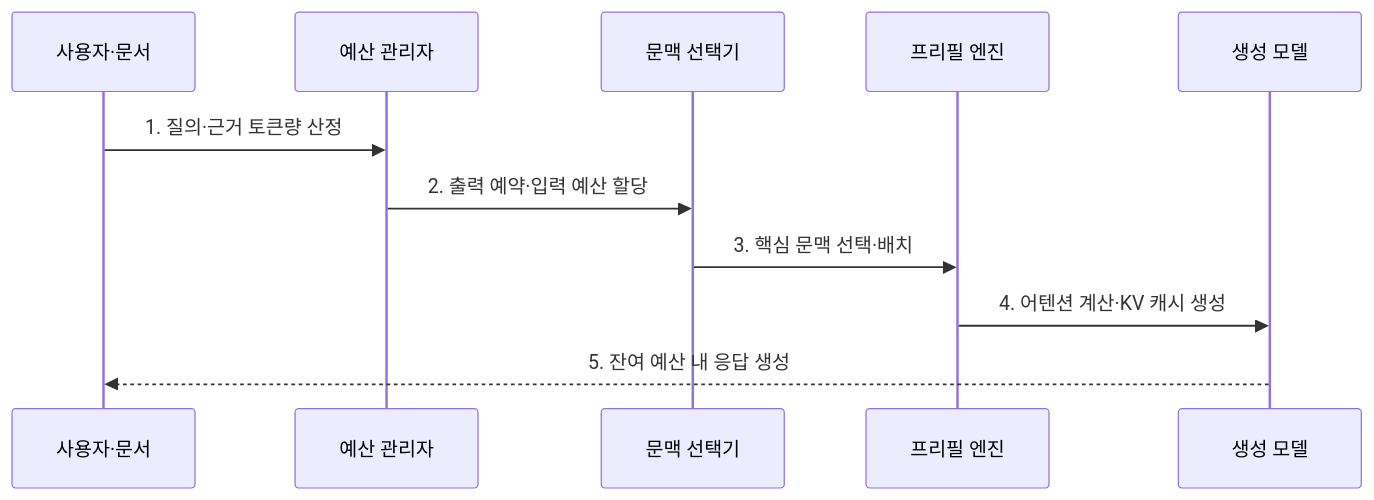
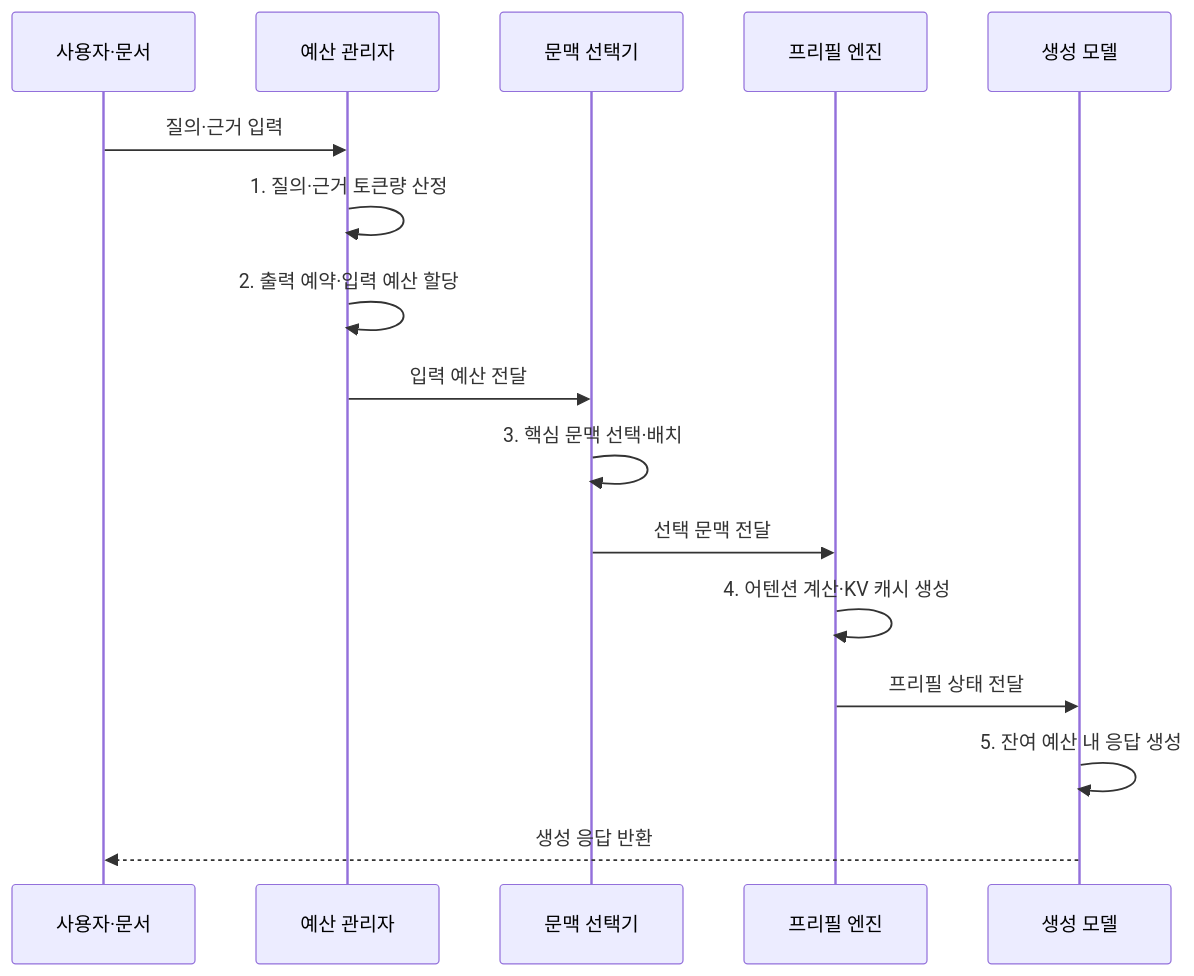
Before and after one commit to agnusdei1207/knowledge-base: the second of 2 diagrams in src/content/docs/notes/08-latest-tech/033_context_window.md, drawn with Mermaid. The commit also changed other lines of this file and 225 other files, not shown here.

````diff
--- a/src/content/docs/notes/08-latest-tech/033_context_window.md
+++ b/src/content/docs/notes/08-latest-tech/033_context_window.md
@@ -83,13 +83,18 @@
 ```mermaid
 sequenceDiagram
     participant U as 사용자·문서
     participant B as 예산 관리자
     participant S as 문맥 선택기
     participant P as 프리필 엔진
     participant M as 생성 모델
-    U->>B: 1. 질의·근거 토큰량 산정
-    B->>S: 2. 출력 예약·입력 예산 할당
-    S->>P: 3. 핵심 문맥 선택·배치
-    P->>M: 4. 어텐션 계산·KV 캐시 생성
-    M-->>U: 5. 잔여 예산 내 응답 생성
+    U->>B: 질의·근거 입력
+    B->>B: 1. 질의·근거 토큰량 산정
+    B->>B: 2. 출력 예약·입력 예산 할당
+    B->>S: 입력 예산 전달
+    S->>S: 3. 핵심 문맥 선택·배치
+    S->>P: 선택 문맥 전달
+    P->>P: 4. 어텐션 계산·KV 캐시 생성
+    P->>M: 프리필 상태 전달
+    M->>M: 5. 잔여 예산 내 응답 생성
+    M-->>U: 생성 응답 반환
 ```
````
